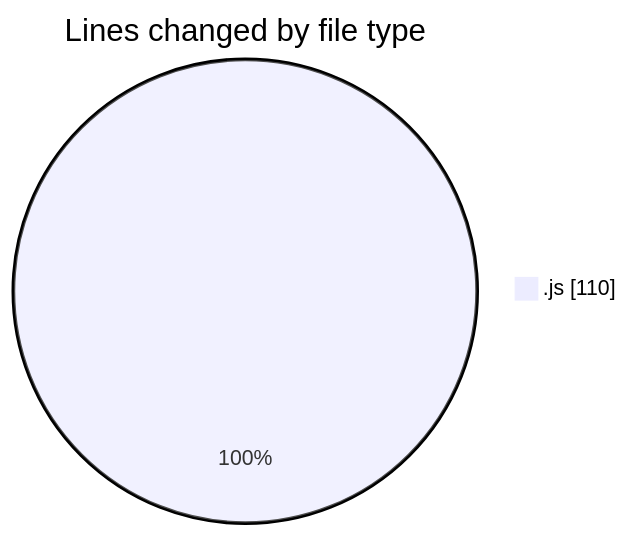
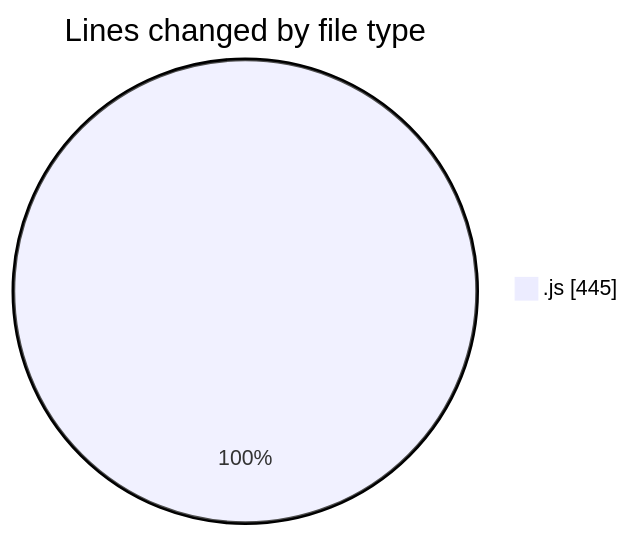
The first of 2 diagrams in 2025-05-03/elitesun/README.md (Elitesun/code-tracking), drawn with Mermaid before and after one commit. The commit also changed other lines of this file and 1 other file, not shown here.

````diff
--- a/2025-05-03/elitesun/README.md
+++ b/2025-05-03/elitesun/README.md
@@ -20,5 +21,5 @@
 ```mermaid
 pie showData
 title Lines changed by file type
-".js" : 110
+".js" : 445
 ```
````
